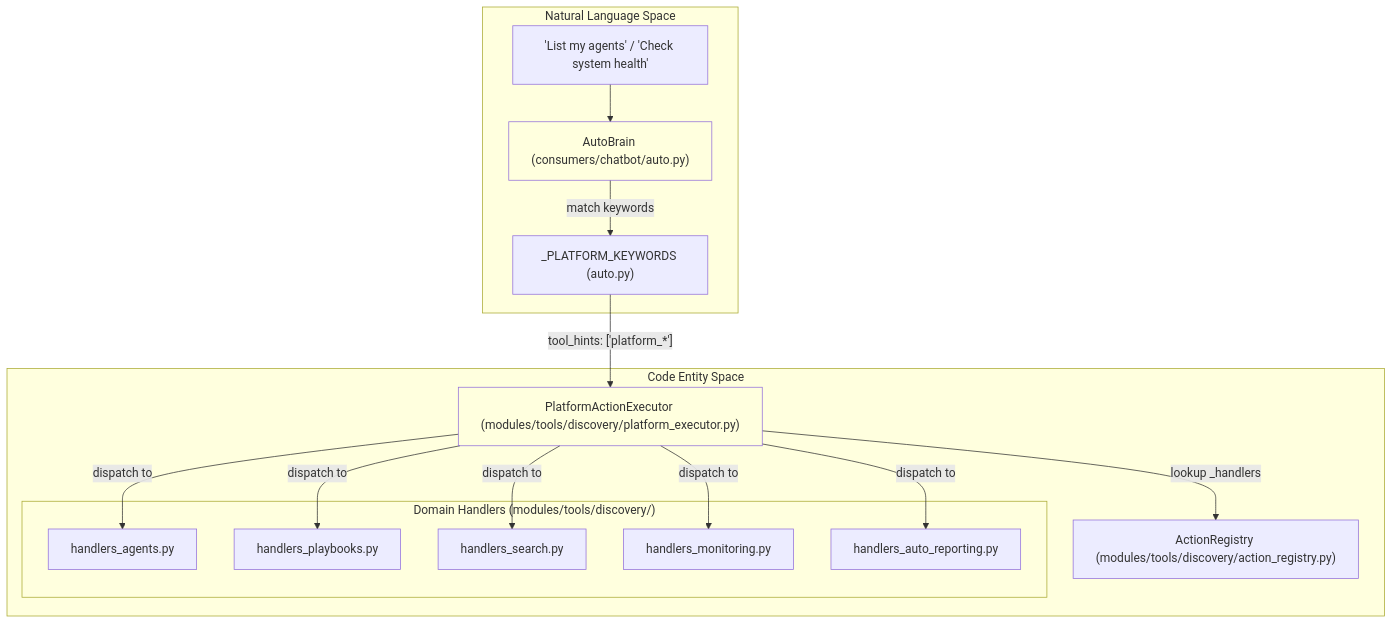
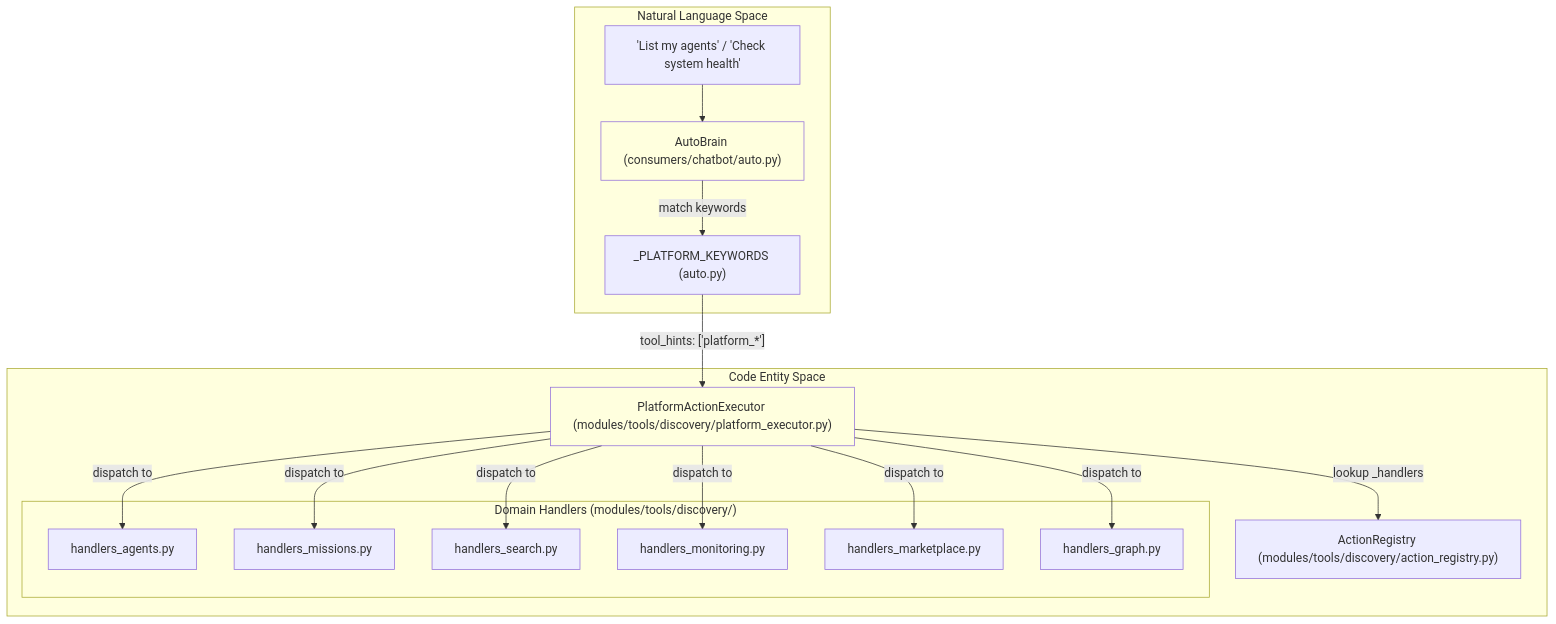
The first of 2 diagrams in docs/platform-actions/_index.md (AutomatosAI/automatos-ai), drawn with Mermaid before and after one commit. The commit also changed other lines of this file and 191 other files, not shown here.

````diff
--- a/docs/platform-actions/_index.md
+++ b/docs/platform-actions/_index.md
@@ -41,35 +60,37 @@
 ```mermaid
 graph TB
     subgraph "Natural Language Space"
         UserQuery["'List my agents' / 'Check system health'"]
         AutoBrain["AutoBrain (consumers/chatbot/auto.py)"]
         Keywords["_PLATFORM_KEYWORDS (auto.py)"]
     end
     
     subgraph "Code Entity Space"
         Executor["PlatformActionExecutor (modules/tools/discovery/platform_executor.py)"]
         Registry["ActionRegistry (modules/tools/discovery/action_registry.py)"]
         
         subgraph "Domain Handlers (modules/tools/discovery/)"
             AgentH["handlers_agents.py"]
-            RecipeH["handlers_playbooks.py"]
+            MissionH["handlers_missions.py"]
             SearchH["handlers_search.py"]
             MonitorH["handlers_monitoring.py"]
-            ReportH["handlers_auto_reporting.py"]
+            MarketH["handlers_marketplace.py"]
+            GraphH["handlers_graph.py"]
         end
     end
     
     UserQuery --> AutoBrain
     AutoBrain -->|"match keywords"| Keywords
     Keywords -->|"tool_hints: ['platform_*']"| Executor
     
     Executor -->|"lookup _handlers"| Registry
     Executor -->|"dispatch to"| AgentH
-    Executor -->|"dispatch to"| RecipeH
+    Executor -->|"dispatch to"| MissionH
     Executor -->|"dispatch to"| SearchH
     Executor -->|"dispatch to"| MonitorH
-    Executor -->|"dispatch to"| ReportH
+    Executor -->|"dispatch to"| MarketH
+    Executor -->|"dispatch to"| GraphH
 
     style AutoBrain fill:none
     style Executor fill:none
 ```
````
